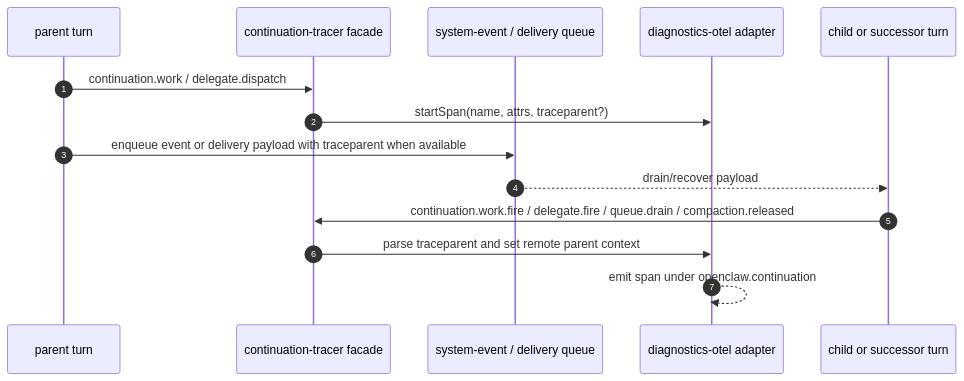
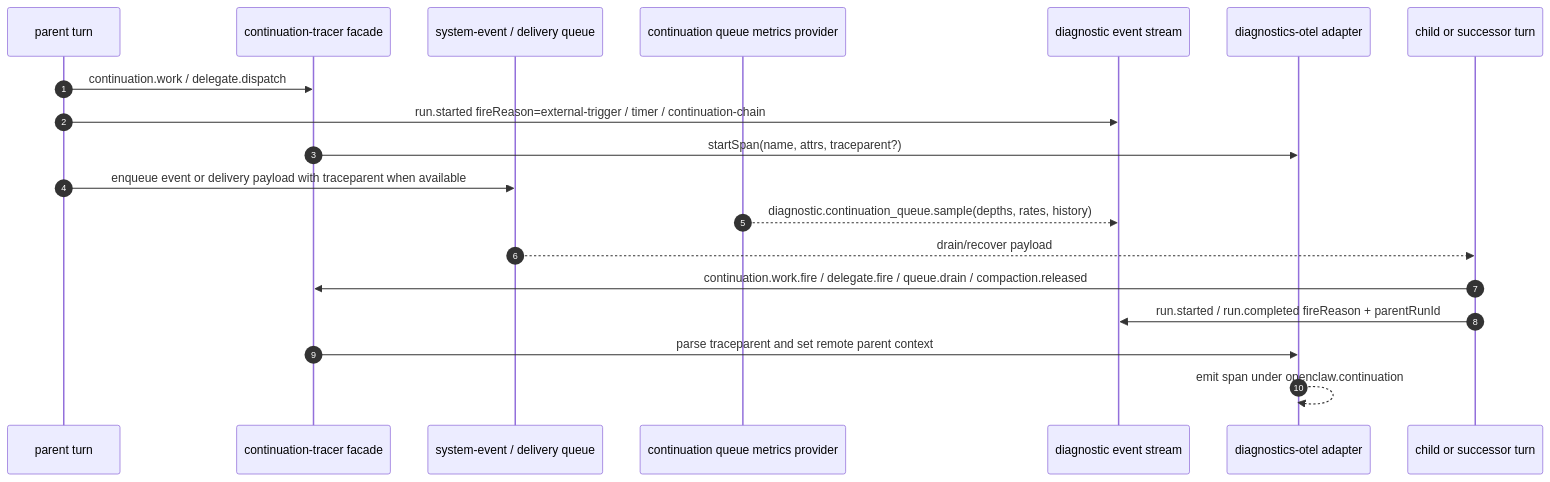
The sixth of 6 diagrams in docs/design/continue-work-signal-v2.md (karmaterminal/openclaw), drawn with Mermaid before and after one commit.

Commit message:
docs(rfc): refresh trace diagram for run provenance
Reflects #537 run fireReason provenance, parentRunId linkage, and continuation queue diagnostic sample events alongside the OTel trace flow.

````diff
--- a/docs/design/continue-work-signal-v2.md
+++ b/docs/design/continue-work-signal-v2.md
@@ -1087,17 +1087,22 @@
 ```mermaid
 sequenceDiagram
     autonumber
     participant Parent as parent turn
     participant Tracer as continuation-tracer facade
     participant Queue as system-event / delivery queue
+    participant Metrics as continuation queue metrics provider
+    participant Diag as diagnostic event stream
     participant Adapter as diagnostics-otel adapter
     participant Child as child or successor turn
 
     Parent->>Tracer: continuation.work / delegate.dispatch
+    Parent->>Diag: run.started fireReason=external-trigger / timer / continuation-chain
     Tracer->>Adapter: startSpan(name, attrs, traceparent?)
     Parent->>Queue: enqueue event or delivery payload with traceparent when available
+    Metrics-->>Diag: diagnostic.continuation_queue.sample(depths, rates, history)
     Queue-->>Child: drain/recover payload
     Child->>Tracer: continuation.work.fire / delegate.fire / queue.drain / compaction.released
+    Child->>Diag: run.started / run.completed fireReason + parentRunId
     Tracer->>Adapter: parse traceparent and set remote parent context
     Adapter-->>Adapter: emit span under openclaw.continuation
 ```
````
